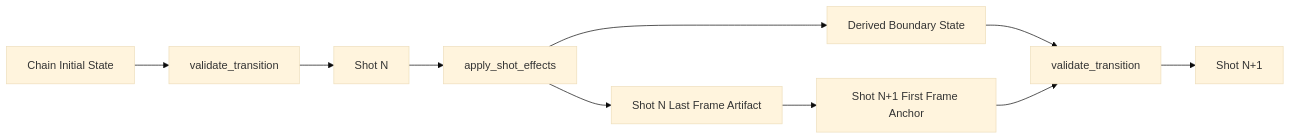
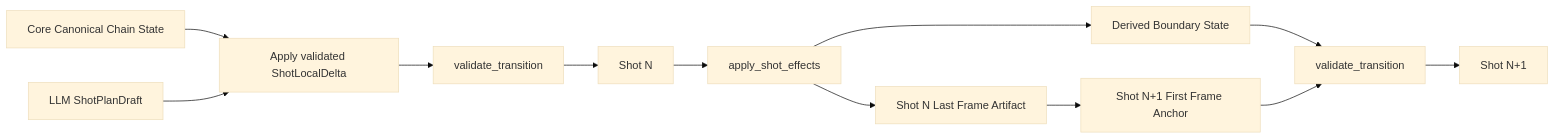
Before and after one commit to sjyinzju/VibeFilming: the fifth of 7 diagrams in docs/architecture.md, drawn with Mermaid (base theme). The commit also changed other lines of this file and 55 other files, not shown here.

````diff
--- a/docs/architecture.md
+++ b/docs/architecture.md
@@ -96,12 +98,14 @@
 ```mermaid
 flowchart LR
-    S0[Chain Initial State] --> V1[validate_transition]
+    S0[Core Canonical Chain State] --> M[Apply validated ShotLocalDelta]
+    D[LLM ShotPlanDraft] --> M
+    M --> V1[validate_transition]
     V1 --> Q1[Shot N]
     Q1 --> E1[apply_shot_effects]
     E1 --> L1[Shot N Last Frame Artifact]
     L1 --> F2[Shot N+1 First Frame Anchor]
     E1 --> S1[Derived Boundary State]
     S1 --> V2[validate_transition]
     F2 --> V2
     V2 --> Q2[Shot N+1]
 ```
````
